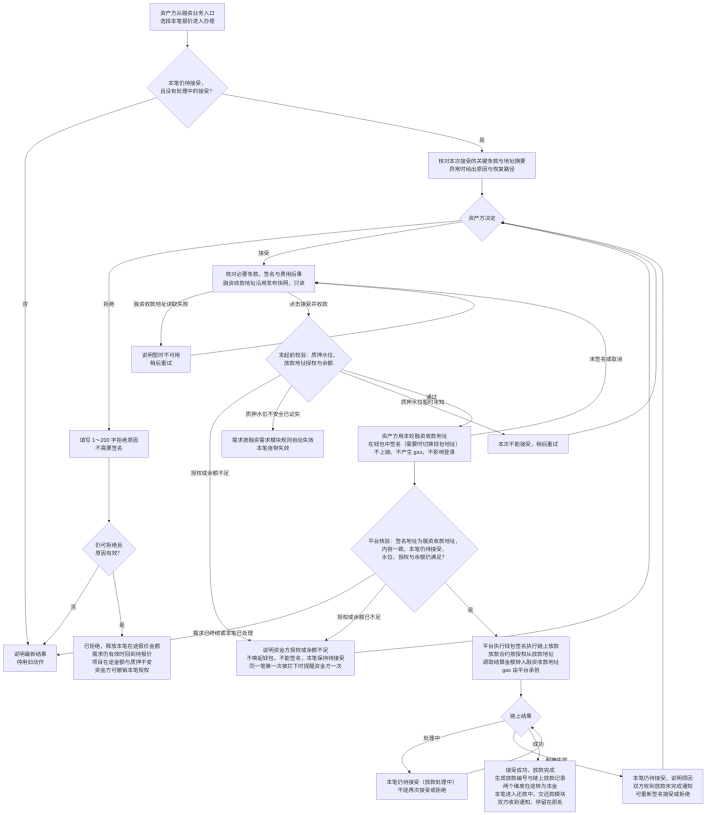
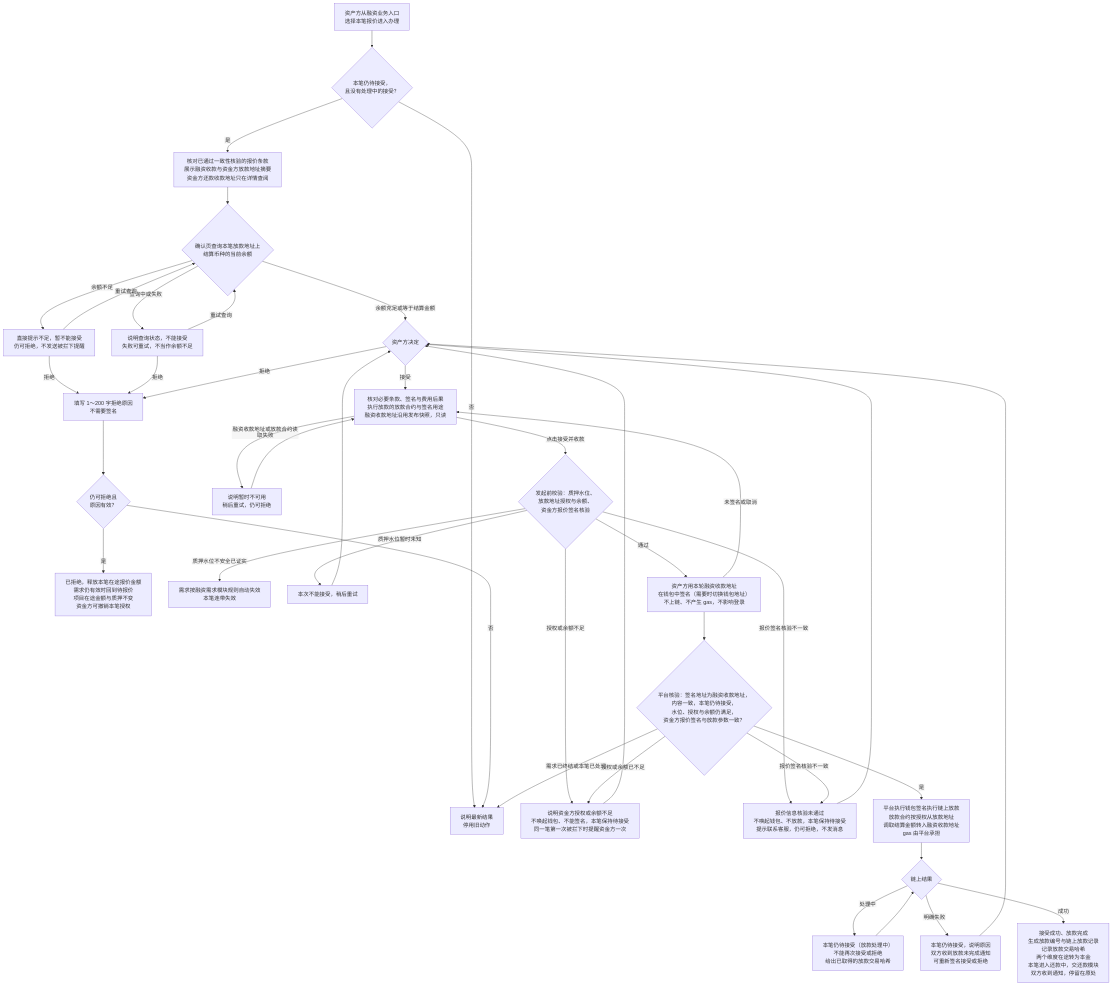
One commit to wxblockchain/Chain-Financing changed the second of 10 diagrams in lending-platform/PRD/面客端/06-借贷广场-授信报价与接受拒绝/02-授信报价与接受拒绝-流程图与状态机.md. Above: the diagram before and after it, drawn with Mermaid. The commit also changed other lines of this file and 3 other files, not shown here.

````diff
--- a/lending-platform/PRD/面客端/06-借贷广场-授信报价与接受拒绝/02-授信报价与接受拒绝-流程图与状态机.md
+++ b/lending-platform/PRD/面客端/06-借贷广场-授信报价与接受拒绝/02-授信报价与接受拒绝-流程图与状态机.md
@@ -63,33 +67,43 @@
 ```mermaid
 %%{init: {"flowchart": {"htmlLabels": false, "wrappingWidth": 400}}}%%
 flowchart TD
   A["资产方从融资业务入口<br/>选择本笔报价进入办理"] --> B{"本笔仍待接受，<br/>且没有处理中的接受？"}
   B -->|"否"| X["说明最新结果<br/>停用旧动作"]
-  B -->|"是"| C["核对本次接受的关键条款与地址摘要<br/>异常时给出原因与恢复路径"]
-  C --> D{"资产方决定"}
+  B -->|"是"| C["核对已通过一致性核验的报价条款<br/>展示融资收款与资金方放款地址摘要<br/>资金方还款收款地址只在详情查阅"]
+  C --> CB{"确认页查询本笔放款地址上<br/>结算币种的当前余额"}
+  CB -->|"余额充足或等于结算金额"| D{"资产方决定"}
+  CB -->|"余额不足"| CN["直接提示不足，暂不能接受<br/>仍可拒绝，不发送被拦下提醒"]
+  CB -->|"查询中或失败"| CF["说明查询状态，不能接受<br/>失败可重试，不当作余额不足"]
+  CN -->|"重试查询"| CB
+  CF -->|"重试查询"| CB
+  CN -->|"拒绝"| R
+  CF -->|"拒绝"| R
   D -->|"拒绝"| R["填写 1～200 字拒绝原因<br/>不需要签名"]
   R --> R1{"仍可拒绝且<br/>原因有效？"}
   R1 -->|"否"| X
   R1 -->|"是"| R2["已拒绝，释放本笔在途报价金额<br/>需求仍有效时回到待报价<br/>项目在途金额与质押不变<br/>资金方可撤销本笔授权"]
-  D -->|"接受"| E["核对必要条款、签名与费用后果<br/>融资收款地址沿用发布快照，只读"]
-  E -->|"融资收款地址读取失败"| E1["说明暂时不可用<br/>稍后重试"]
+  D -->|"接受"| E["核对必要条款、签名与费用后果<br/>执行放款的放款合约与签名用途<br/>融资收款地址沿用发布快照，只读"]
+  E -->|"融资收款地址或放款合约读取失败"| E1["说明暂时不可用<br/>稍后重试，仍可拒绝"]
   E1 --> E
-  E -->|"点击接受并收款"| P{"发起前校验：质押水位、<br/>放款地址授权与余额"}
+  E -->|"点击接受并收款"| P{"发起前校验：质押水位、<br/>放款地址授权与余额、<br/>资金方报价签名核验"}
   P -->|"授权或余额不足"| P1["说明资金方授权或余额不足<br/>不唤起钱包、不能签名，本笔保持待接受<br/>同一笔第一次被拦下时提醒资金方一次"]
   P1 --> D
   P -->|"质押水位不安全已证实"| P2["需求按融资需求模块规则自动失效<br/>本笔连带失效"]
   P -->|"质押水位暂时未知"| P3["本次不能接受，稍后重试"]
   P3 --> D
+  P -->|"报价签名核验不一致"| PV["报价信息核验未通过<br/>不唤起钱包、不放款，本笔保持待接受<br/>提示联系客服，仍可拒绝，不发消息"]
+  PV --> D
   P -->|"通过"| J["资产方用本轮融资收款地址<br/>在钱包中签名（需要时切换钱包地址）<br/>不上链、不产生 gas，不影响登录"]
   J -->|"未签名或取消"| E
-  J --> K{"平台核验：签名地址为融资收款地址，<br/>内容一致，本笔仍待接受，<br/>水位、授权与余额仍满足？"}
+  J --> K{"平台核验：签名地址为融资收款地址，<br/>内容一致，本笔仍待接受，<br/>水位、授权与余额仍满足，<br/>资金方报价签名与放款参数一致？"}
   K -->|"需求已终结或本笔已处理"| X
   K -->|"授权或余额已不足"| P1
+  K -->|"报价签名核验不一致"| PV
   K -->|"是"| L["平台执行钱包签名执行链上放款<br/>放款合约按授权从放款地址<br/>调取结算金额转入融资收款地址<br/>gas 由平台承担"]
   L --> M{"链上结果"}
-  M -->|"处理中"| M1["本笔仍待接受（放款处理中）<br/>不能再次接受或拒绝"]
+  M -->|"处理中"| M1["本笔仍待接受（放款处理中）<br/>不能再次接受或拒绝<br/>给出已取得的放款交易哈希"]
   M1 --> M
   M -->|"明确失败"| M2["本笔仍待接受，说明原因<br/>双方收到放款未完成通知<br/>可重新签名接受或拒绝"]
   M2 --> D
-  M -->|"成功"| N["接受成功、放款完成<br/>生成放款编号与链上放款记录<br/>两个维度在途转为本金<br/>本笔进入还款中，交还款模块<br/>双方收到通知，停留在原处"]
+  M -->|"成功"| N["接受成功、放款完成<br/>生成放款编号与链上放款记录<br/>记录放款交易哈希<br/>两个维度在途转为本金<br/>本笔进入还款中，交还款模块<br/>双方收到通知，停留在原处"]
 ```
````
